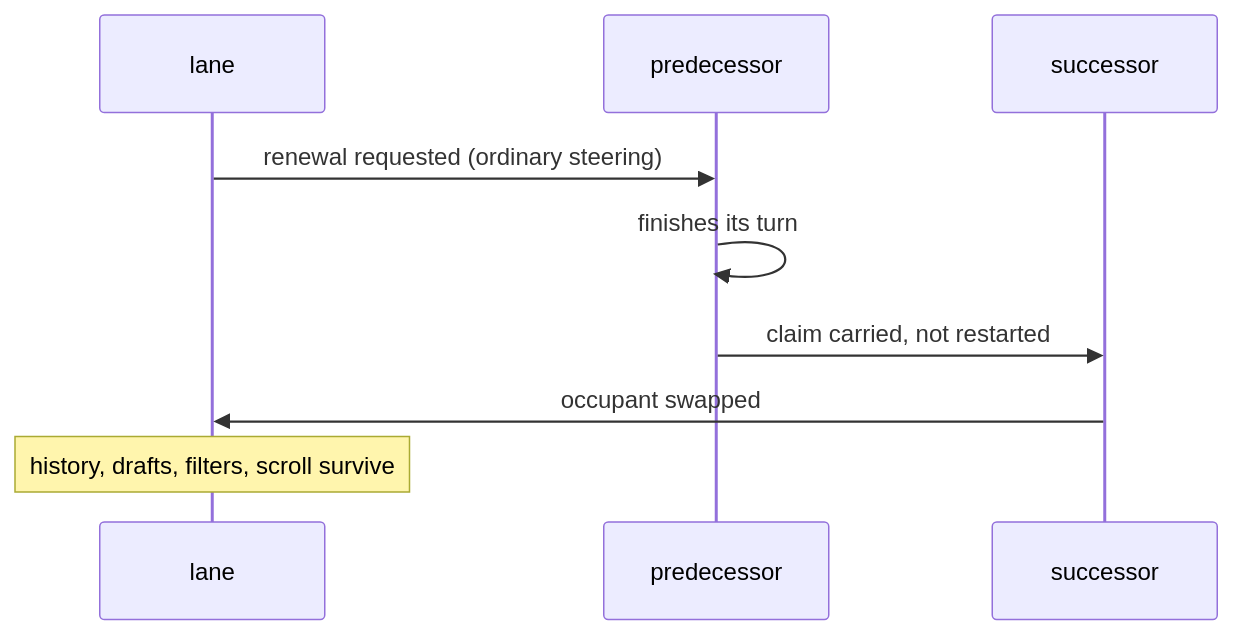
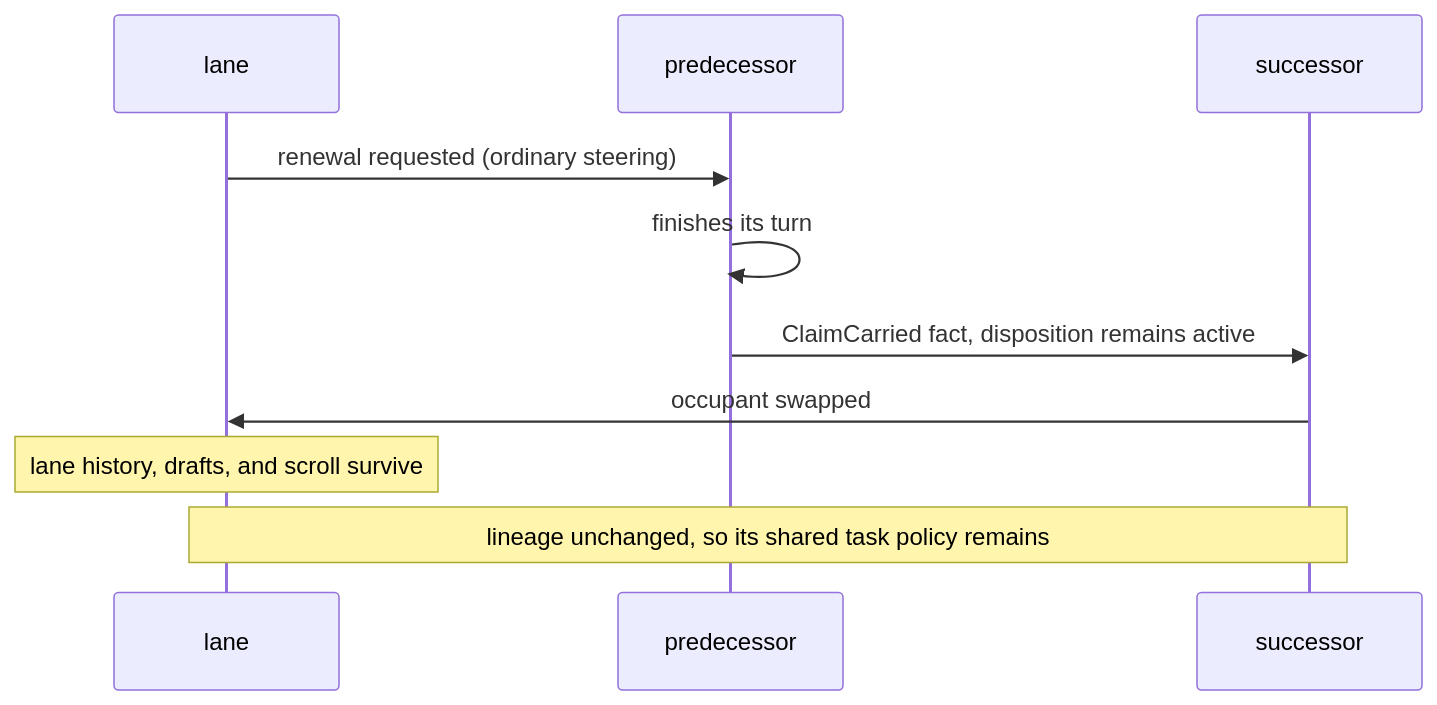
Before and after one commit to infimalabs/spice-rust: the fifth of 6 diagrams in docs/product/model/failures.md, drawn with Mermaid. The commit also changed other lines of this file and 71 other files, not shown here.

````diff
--- a/docs/product/model/failures.md
+++ b/docs/product/model/failures.md
@@ -113,11 +127,12 @@
 ```mermaid
 sequenceDiagram
   participant L as lane
   participant P as predecessor
   participant N as successor
   L->>P: renewal requested (ordinary steering)
   P->>P: finishes its turn
-  P->>N: claim carried, not restarted
+  P->>N: ClaimCarried fact, disposition remains active
   N->>L: occupant swapped
-  Note over L: history, drafts, filters, scroll survive
+  Note over L: lane history, drafts, and scroll survive
+  Note over L,N: lineage unchanged, so its shared task policy remains
 ```
````
